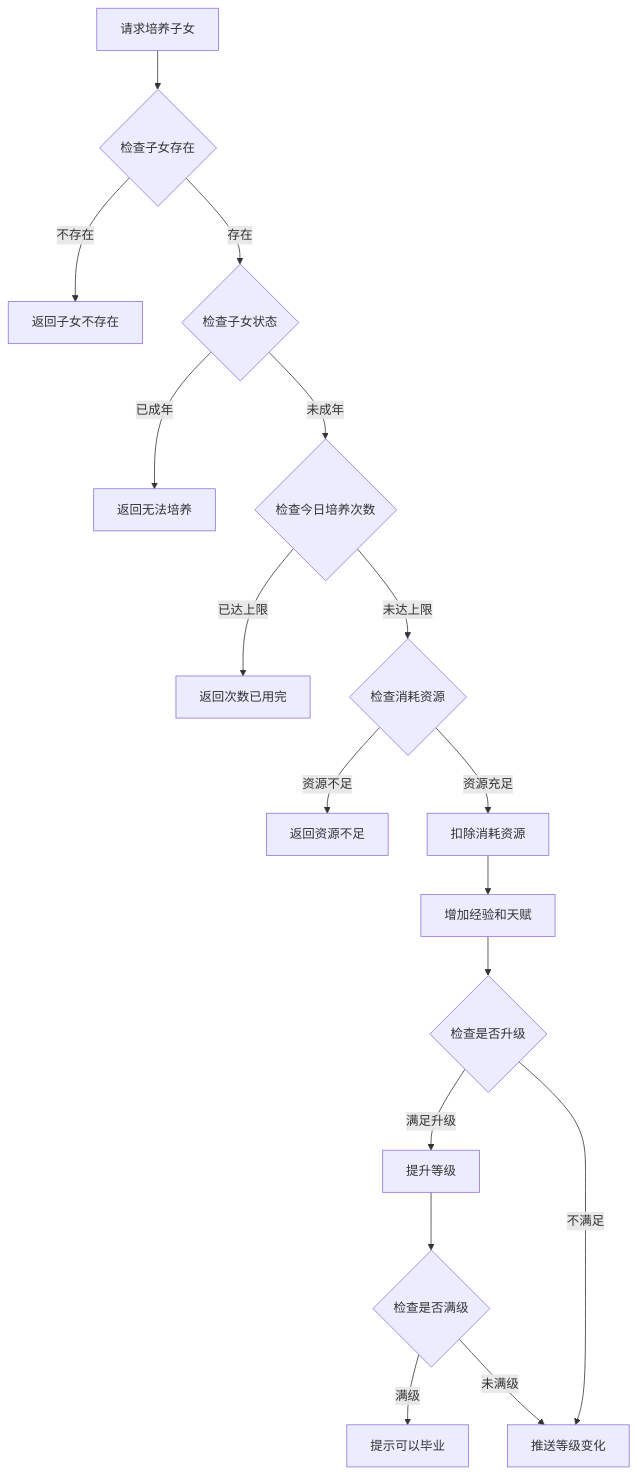
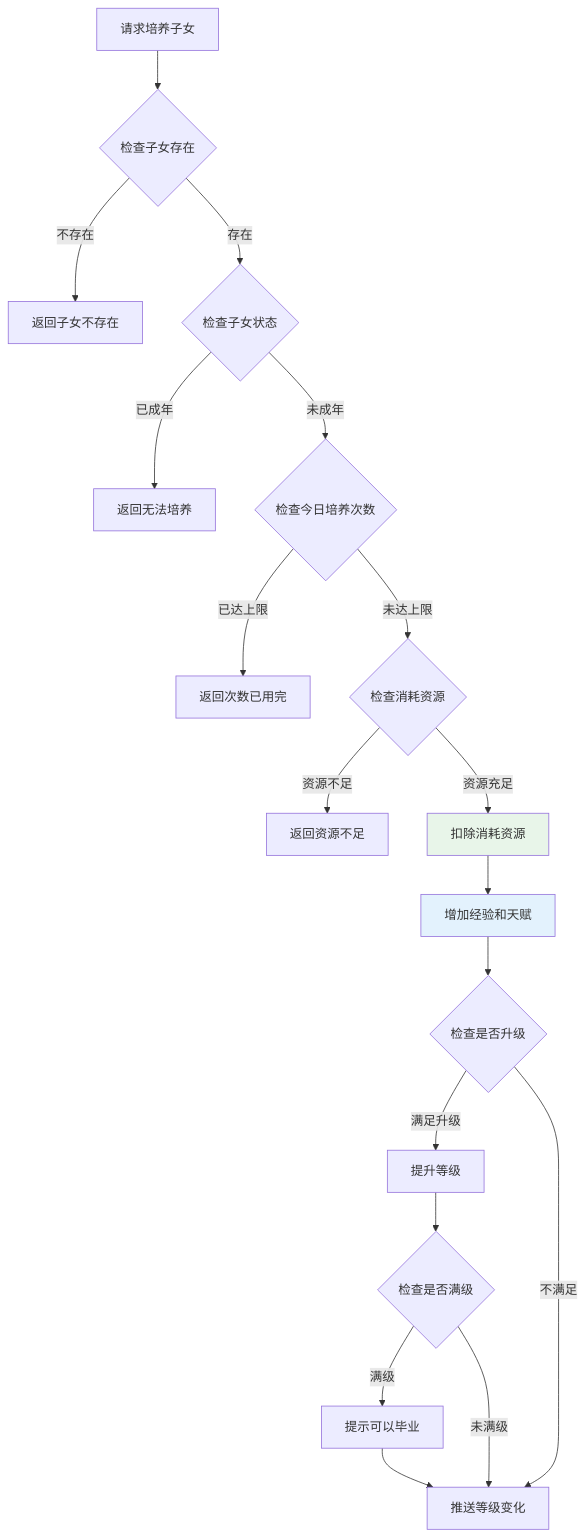
Before and after one commit to Alan-Ben/k2c_game_framework: the third of 12 diagrams in docs/Module_Child/05_完整说明.md, drawn with Mermaid. The commit also changed other lines of this file and 7 other files, not shown here.

````diff
--- a/docs/Module_Child/05_完整说明.md
+++ b/docs/Module_Child/05_完整说明.md
@@ -97,19 +128,23 @@
 ```mermaid
 flowchart TD
     A[请求培养子女] --> B{检查子女存在}
     B -->|不存在| C[返回子女不存在]
     B -->|存在| D{检查子女状态}
     D -->|已成年| E[返回无法培养]
     D -->|未成年| F{检查今日培养次数}
     F -->|已达上限| G[返回次数已用完]
     F -->|未达上限| H{检查消耗资源}
     H -->|资源不足| I[返回资源不足]
     H -->|资源充足| J[扣除消耗资源]
     J --> K[增加经验和天赋]
     K --> L{检查是否升级}
     L -->|满足升级| M[提升等级]
     M --> N{检查是否满级}
     N -->|满级| O[提示可以毕业]
     N -->|未满级| P[推送等级变化]
     L -->|不满足| P
+    O --> P
+
+    style J fill:#e8f5e9
+    style K fill:#e3f2fd
 ```
````
